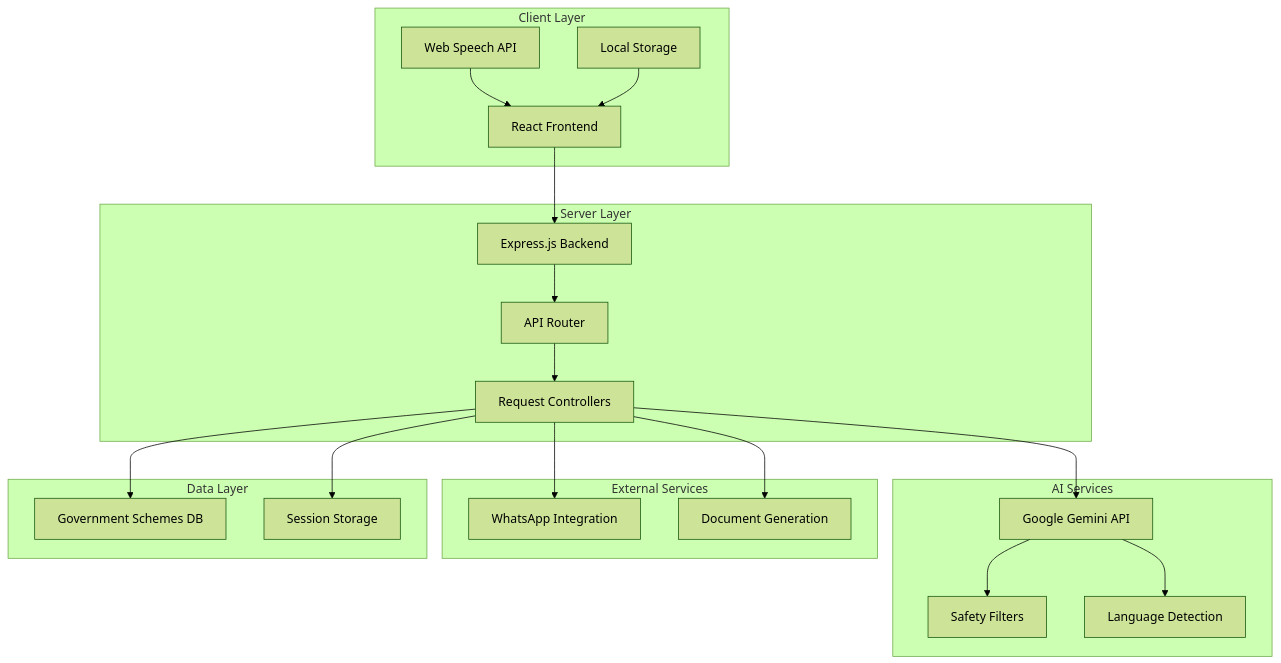
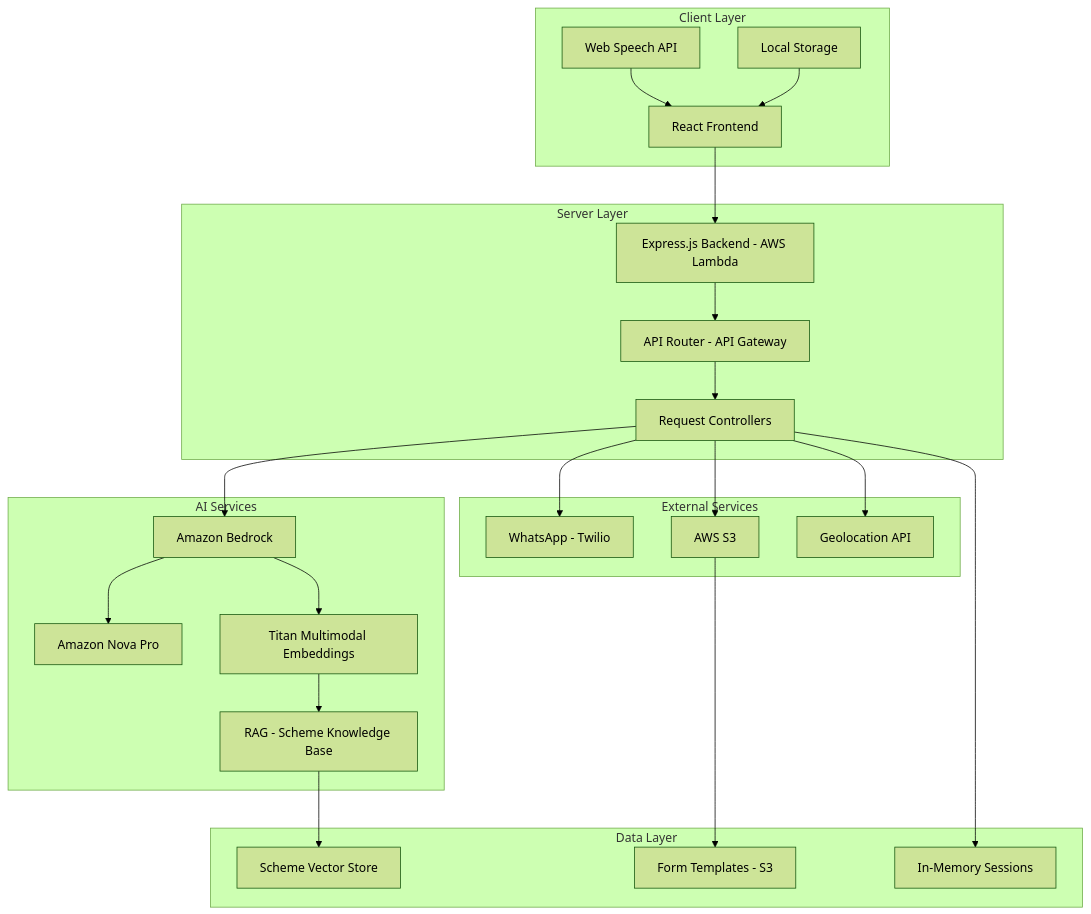
The first of 2 diagrams in design.md (nothariharan/Bharat_Seva), drawn with Mermaid (forest theme) before and after one commit. The commit also changed other lines of this file and 31 other files, not shown here.

````diff
--- a/design.md
+++ b/design.md
@@ -13,43 +17,49 @@
 ```mermaid
 graph TB
     subgraph "Client Layer"
         UI[React Frontend]
         Voice[Web Speech API]
         Cache[Local Storage]
     end
-    
+
     subgraph "Server Layer"
-        API[Express.js Backend]
-        Router[API Router]
+        API[Express.js Backend - AWS Lambda]
+        Router[API Router - API Gateway]
         Controller[Request Controllers]
     end
-    
+
     subgraph "AI Services"
-        Gemini[Google Gemini API]
-        Safety[Safety Filters]
-        LangDetect[Language Detection]
+        Bedrock[Amazon Bedrock]
+        Nova[Amazon Nova Pro]
+        Titan[Titan Multimodal Embeddings]
+        RAG[RAG - Scheme Knowledge Base]
     end
-    
+
     subgraph "External Services"
-        Twilio[WhatsApp Integration]
-        PDF[Document Generation]
+        Twilio[WhatsApp - Twilio]
+        S3[AWS S3]
+        Geo[Geolocation API]
     end
-    
+
     subgraph "Data Layer"
-        Schemes[Government Schemes DB]
-        Sessions[Session Storage]
+        Schemes[Scheme Vector Store]
+        Forms[Form Templates - S3]
+        Sessions[In-Memory Sessions]
     end
-    
+
     UI --> API
     Voice --> UI
     Cache --> UI
     API --> Router
     Router --> Controller
-    Controller --> Gemini
+    Controller --> Bedrock
+    Bedrock --> Nova
+    Bedrock --> Titan
+    Titan --> RAG
+    RAG --> Schemes
     Controller --> Twilio
-    Controller --> PDF
-    Gemini --> Safety
-    Gemini --> LangDetect
-    Controller --> Schemes
+    Controller --> S3
+    Controller --> Geo
+    S3 --> Forms
     Controller --> Sessions
 ```
````
